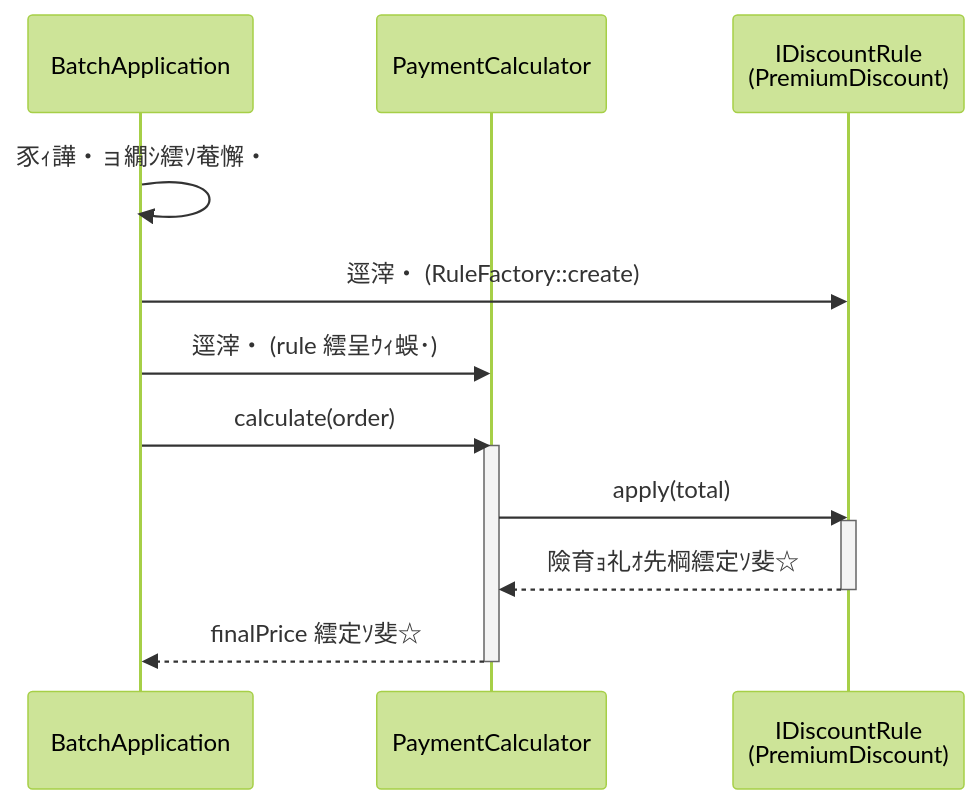
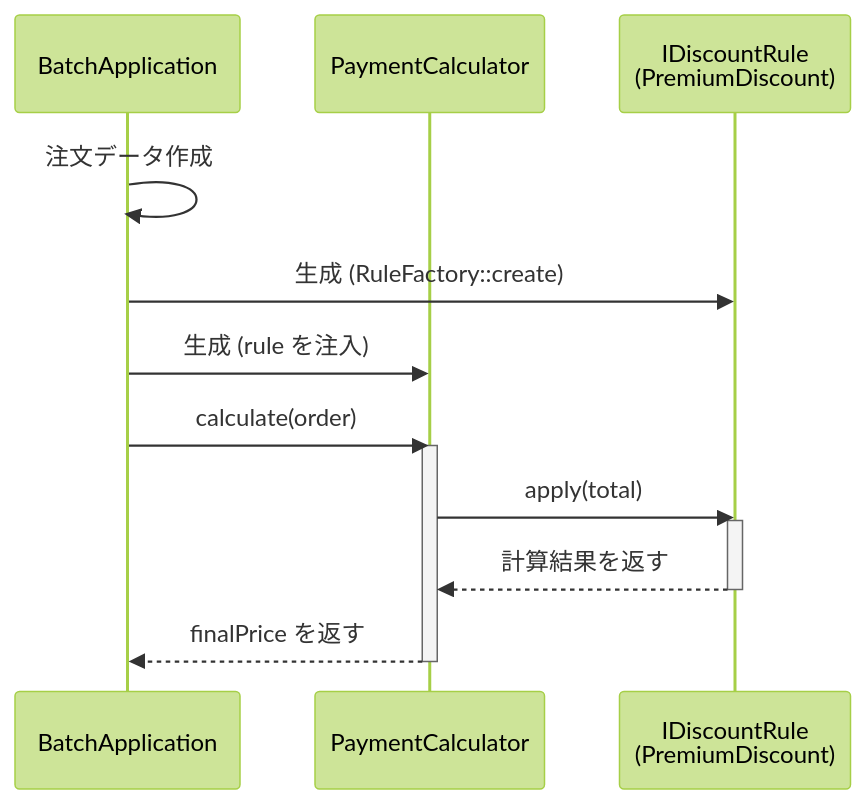
Before and after one commit to kumachan1101-pixel/DesignPattern: the third of 5 diagrams in kindle/design-patterns/output/chapter01.md, drawn with Mermaid (forest theme). The commit also changed other lines of this file and 5 other files, not shown here.

````diff
--- a/kindle/design-patterns/output/chapter01.md
+++ b/kindle/design-patterns/output/chapter01.md
@@ -1059,18 +1062,18 @@
 ```mermaid
 sequenceDiagram
     participant B as BatchApplication
     participant P as PaymentCalculator
     participant I as IDiscountRule<br/>(PremiumDiscount)
 
-    B->>B: 豕ｨ譁・ョ繝ｼ繧ｿ菴懈・
-    B->>I: 逕滓・ (RuleFactory::create)
-    B->>P: 逕滓・ (rule 繧呈ｳｨ蜈･)
+    B->>B: 注文データ作成
+    B->>I: 生成 (RuleFactory::create)
+    B->>P: 生成 (rule を注入)
     B->>P: calculate(order)
     activate P
     P->>I: apply(total)
     activate I
-    I-->>P: 險育ｮ礼ｵ先棡繧定ｿ斐☆
+    I-->>P: 計算結果を返す
     deactivate I
-    P-->>B: finalPrice 繧定ｿ斐☆
+    P-->>B: finalPrice を返す
     deactivate P
 ```
````
